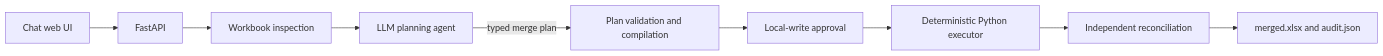
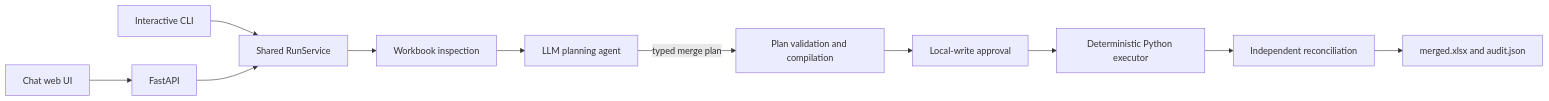
Before and after one commit to gh20260821/excel-merge-agent: the diagram in README.md, drawn with Mermaid. The commit also changed other lines of this file and 7 other files, not shown here.

Commit message:
Add interactive resumable CLI

````diff
--- a/README.md
+++ b/README.md
@@ -31,11 +32,13 @@
 ```mermaid
 flowchart LR
     UI[Chat web UI] --> API[FastAPI]
-    API --> INSPECT[Workbook inspection]
+    CLI[Interactive CLI] --> SERVICE[Shared RunService]
+    API --> SERVICE
+    SERVICE --> INSPECT[Workbook inspection]
     INSPECT --> LLM[LLM planning agent]
     LLM -->|typed merge plan| VALIDATE[Plan validation and compilation]
     VALIDATE --> APPROVE[Local-write approval]
     APPROVE --> EXEC[Deterministic Python executor]
     EXEC --> VERIFY[Independent reconciliation]
     VERIFY --> OUTPUT[merged.xlsx and audit.json]
 ```
````
